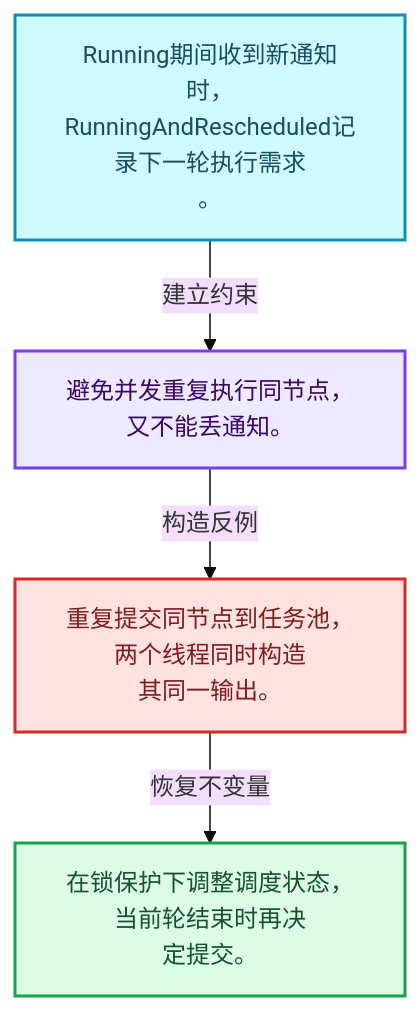
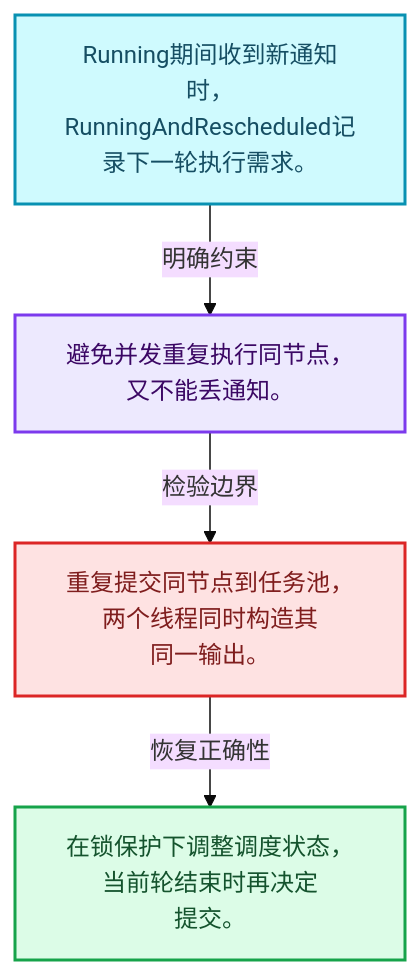
The first of 4 diagrams in 杂/markdown/全面学习-codex/09-LazyFunction与节点执行架构/07-执行器内部状态.md (yunkezengren/blender-.vscode), drawn with Mermaid (base theme) before and after one commit. The commit also changed other lines of this file and 1930 other files, not shown here.

````diff
--- a/杂/markdown/全面学习-codex/09-LazyFunction与节点执行架构/07-执行器内部状态.md
+++ b/杂/markdown/全面学习-codex/09-LazyFunction与节点执行架构/07-执行器内部状态.md
@@ -29,16 +29,16 @@
 ```mermaid
 flowchart TB
-  M["Running期间收到新通知时，<br/>RunningAndRescheduled记录下一轮执行需求<br/>。"]:::data
-  T["避免并发重复执行同节点，又不能丢通知。"]:::abstraction
-  X["重复提交同节点到任务池，两个线程同时构造<br/>其同一输出。"]:::error
-  A["在锁保护下调整调度状态，当前轮结束时再决<br/>定提交。"]:::result
-  M -->|"建立约束"| T
-  T -->|"构造反例"| X
-  X -->|"恢复不变量"| A
+  M["Running期间收到新通知时，<br/>RunningAndRescheduled记录下一轮执行需求。"]:::data
+  C["避免并发重复执行同节点，又不能丢通知。"]:::abstraction
+  B["重复提交同节点到任务池，两个线程同时构造其<br/>同一输出。"]:::error
+  R["在锁保护下调整调度状态，当前轮结束时再决定<br/>提交。"]:::result
+  M -->|"明确约束"| C
+  C -->|"检验边界"| B
+  B -->|"恢复正确性"| R
   classDef input fill:#DBEAFE,stroke:#2563EB,color:#172554,stroke-width:2px;
   classDef data fill:#CFFAFE,stroke:#0891B2,color:#164E63,stroke-width:2px;
   classDef abstraction fill:#EDE9FE,stroke:#7C3AED,color:#3B0764,stroke-width:2px;
   classDef compute fill:#FEF3C7,stroke:#D97706,color:#78350F,stroke-width:2px;
   classDef result fill:#DCFCE7,stroke:#16A34A,color:#14532D,stroke-width:2px;
   classDef error fill:#FEE2E2,stroke:#DC2626,color:#7F1D1D,stroke-width:2px;
 ```
````
